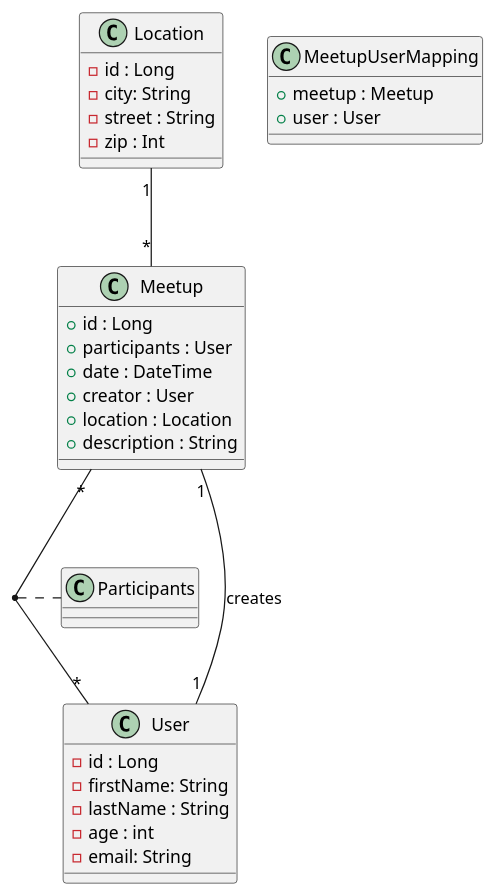
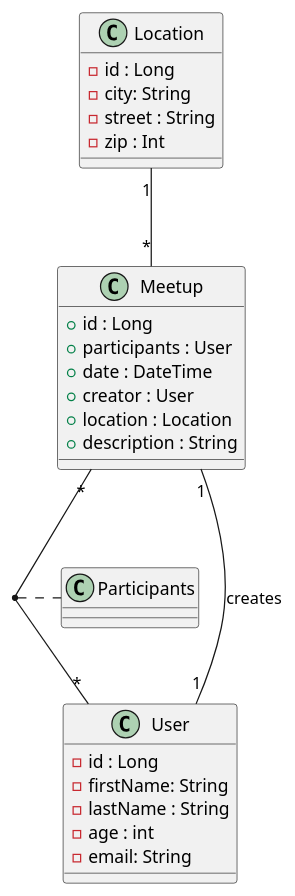
One commit to 2223-3bhif-syp/02-projekte-mopedmeetup changed the diagram in asciidocs/Klassendiagramm.adoc. Above: the diagram before and after it, drawn with PlantUML.

Commit message:
updated cld

```diff
--- a/asciidocs/Klassendiagramm.adoc
+++ b/asciidocs/Klassendiagramm.adoc
@@ -5,37 +5,32 @@
 [plantuml, target=diagram-classes, format=png]
 ....
 class User {
     - id : Long
     - firstName: String
     - lastName : String
     - age : int
     - email: String
 }
 class Meetup {
     + id : Long
     + participants : User
     + date : DateTime
     + creator : User
     + location : Location
     + description : String
 }
 
 class Location {
     - id : Long
     - city: String
     - street : String
     - zip : Int
 }
 
-class MeetupUserMapping {
-    + meetup : Meetup
-    + user : User
-}
-
 
 
 Location "1"--"*" Meetup : ""
 Meetup "1"--"1" User : "creates"
 Meetup "*"--"*" User : ""
 (User, Meetup) .. Participants
 ....
```
